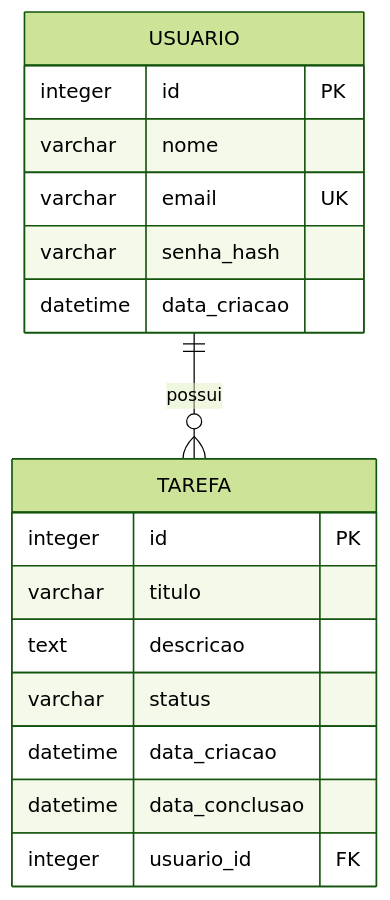
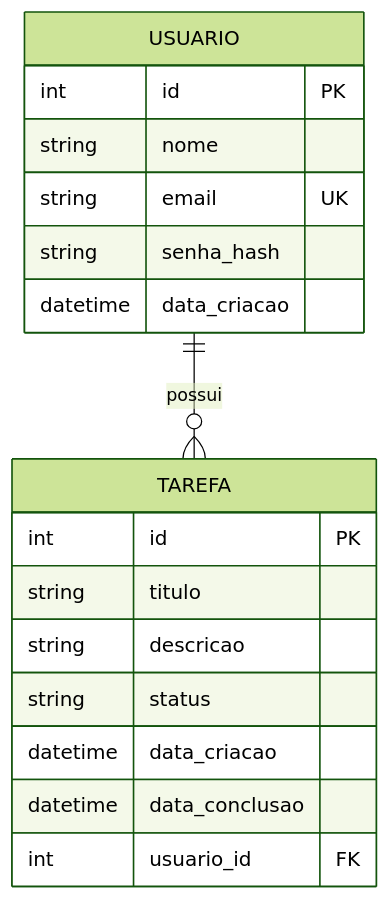
One commit to anonimaestaly/teslando changed the diagram in desafio4/modelagem.md. Above: the diagram before and after it, drawn with Mermaid (forest theme). The commit also changed other lines of this file and 2 other files, not shown here.

````diff
--- a/desafio4/modelagem.md
+++ b/desafio4/modelagem.md
@@ -50,22 +42,22 @@
 ```mermaid
 erDiagram
     USUARIO ||--o{ TAREFA : possui
 
     USUARIO {
-        integer id PK
-        varchar nome
-        varchar email UK
-        varchar senha_hash
+        int id PK
+        string nome
+        string email UK
+        string senha_hash
         datetime data_criacao
     }
 
     TAREFA {
-        integer id PK
-        varchar titulo
-        text descricao
-        varchar status
+        int id PK
+        string titulo
+        string descricao
+        string status
         datetime data_criacao
         datetime data_conclusao
-        integer usuario_id FK
+        int usuario_id FK
     }
 ```
````
